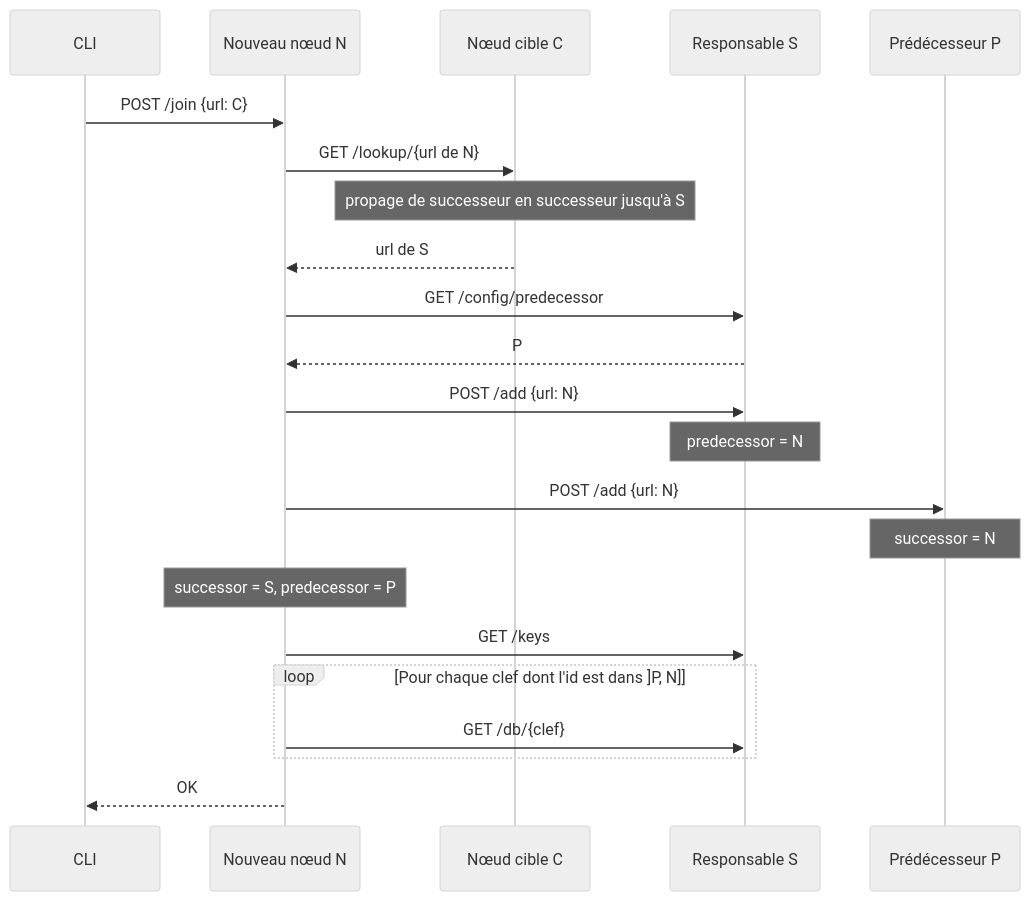
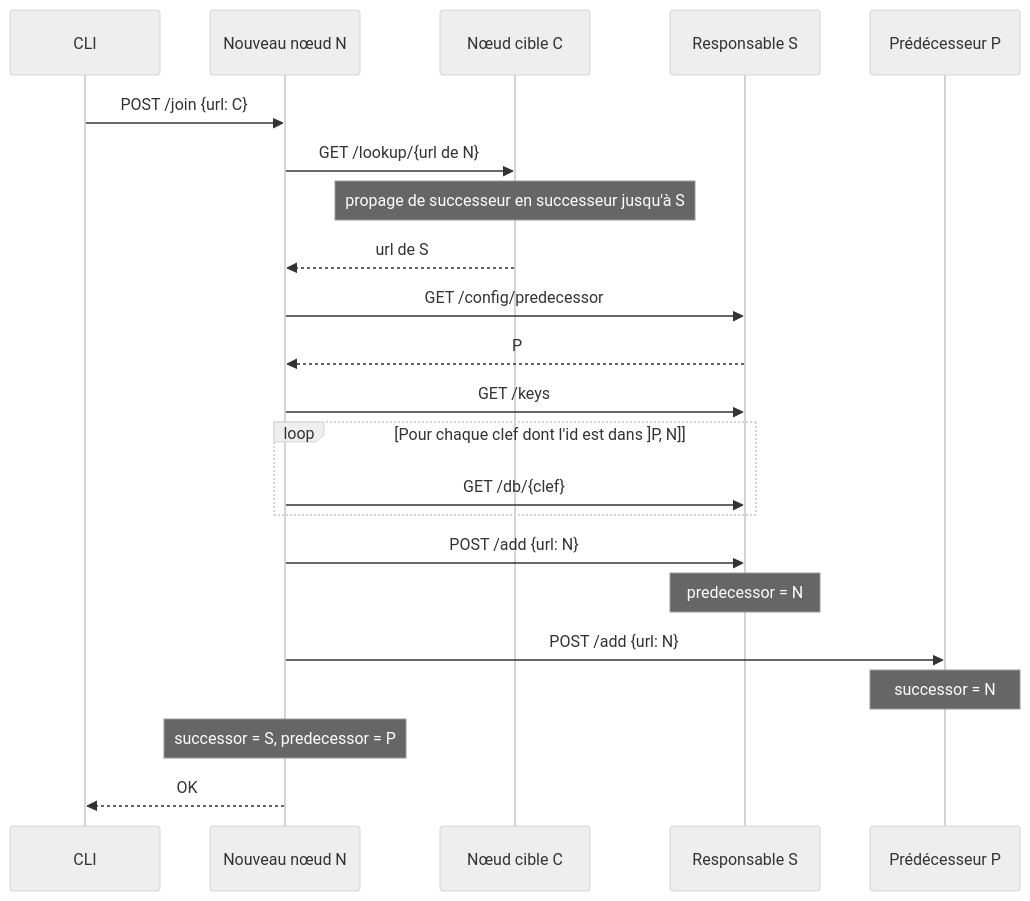
The diagram in README.md (dreimert/syd-dht), drawn with Mermaid (neutral theme) before and after one commit. The commit also changed other lines of this file and 4 other files, not shown here.

````diff
--- a/README.md
+++ b/README.md
@@ -287,24 +303,24 @@
 ```mermaid
 sequenceDiagram
   participant CLI
   participant N as Nouveau nœud N
   participant C as Nœud cible C
   participant S as Responsable S
   participant P as Prédécesseur P
   CLI->>N: POST /join {url: C}
   N->>C: GET /lookup/{url de N}
   Note over C: propage de successeur en successeur jusqu'à S
   C-->>N: url de S
   N->>S: GET /config/predecessor
   S-->>N: P
+  N->>S: GET /keys
+  loop Pour chaque clef dont l'id est dans ]P, N]
+    N->>S: GET /db/{clef}
+  end
   N->>S: POST /add {url: N}
   Note over S: predecessor = N
   N->>P: POST /add {url: N}
   Note over P: successor = N
   Note over N: successor = S, predecessor = P
-  N->>S: GET /keys
-  loop Pour chaque clef dont l'id est dans ]P, N]
-    N->>S: GET /db/{clef}
-  end
   N-->>CLI: OK
 ```
````
